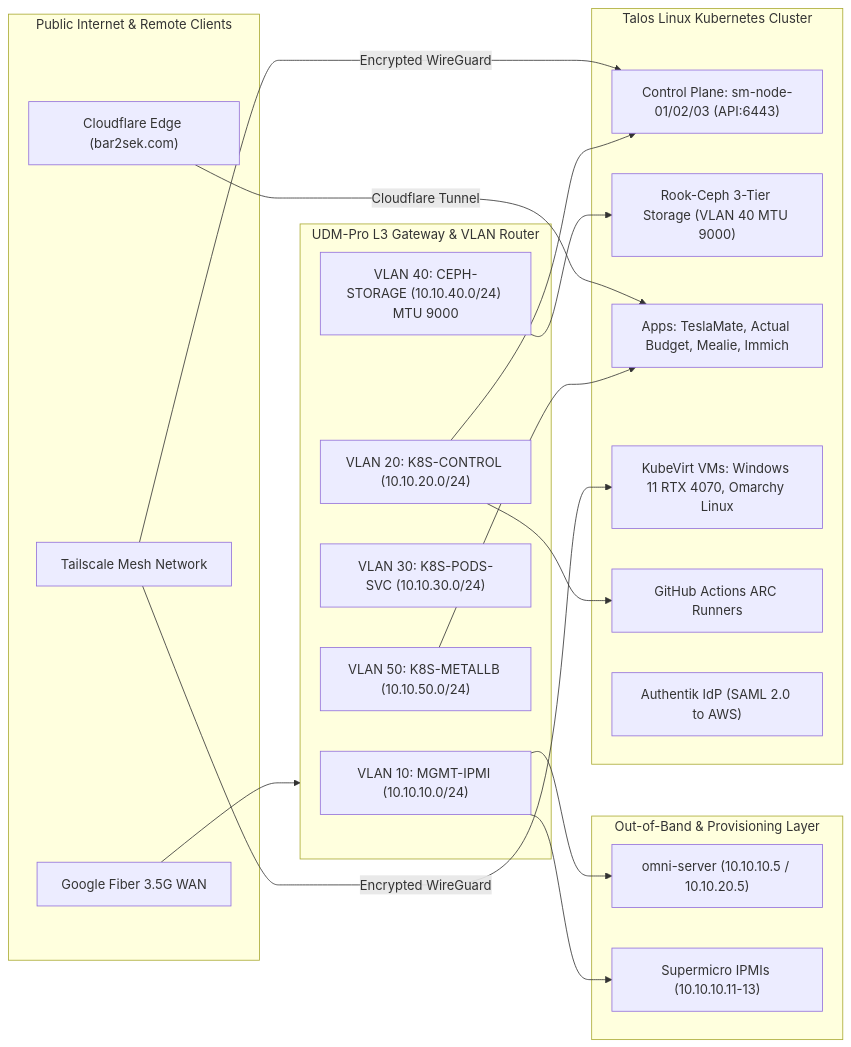
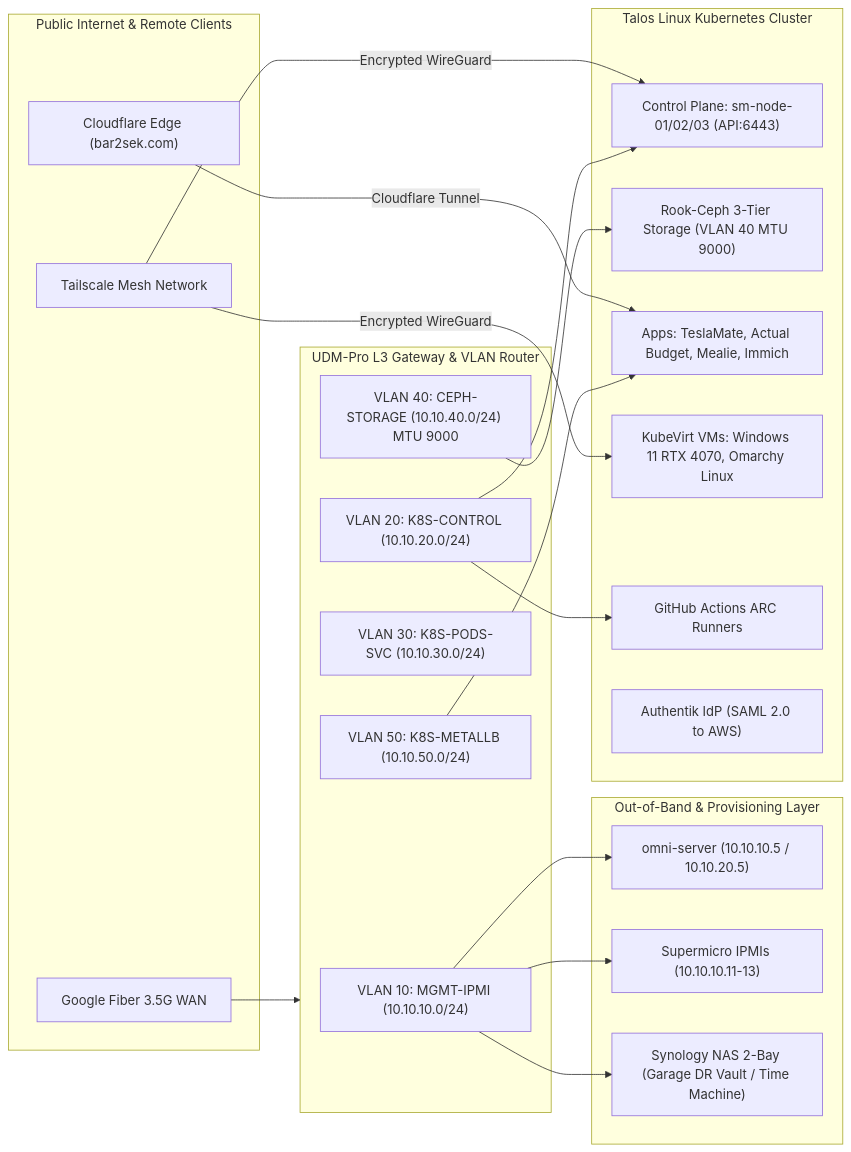
One commit to bar2sek/personal-technology changed the second of 2 diagrams in docs/201-unifi-network-topology.md. Above: the diagram before and after it, drawn with Mermaid. The commit also changed other lines of this file and 3 other files, not shown here.

Commit message:
docs: document Synology NAS hardware inventory, network topology, and backup integration

````diff
--- a/docs/201-unifi-network-topology.md
+++ b/docs/201-unifi-network-topology.md
@@ -99,38 +102,39 @@
 ```mermaid
 graph LR
     subgraph PUBLIC["Public Internet & Remote Clients"]
         CF["Cloudflare Edge (bar2sek.com)"]
         TS["Tailscale Mesh Network"]
         GF["Google Fiber 3.5G WAN"]
     end
 
     subgraph UNIFI["UDM-Pro L3 Gateway & VLAN Router"]
         V10["VLAN 10: MGMT-IPMI (10.10.10.0/24)"]
         V20["VLAN 20: K8S-CONTROL (10.10.20.0/24)"]
         V30["VLAN 30: K8S-PODS-SVC (10.10.30.0/24)"]
         V40["VLAN 40: CEPH-STORAGE (10.10.40.0/24) MTU 9000"]
         V50["VLAN 50: K8S-METALLB (10.10.50.0/24)"]
     end
 
     subgraph MANAGEMENT["Out-of-Band & Provisioning Layer"]
         OMNI_SRV["omni-server (10.10.10.5 / 10.10.20.5)"]
         IPMI_NODES["Supermicro IPMIs (10.10.10.11-13)"]
+        SYN_NAS["Synology NAS 2-Bay (Garage DR Vault / Time Machine)"]
     end
 
     subgraph K8S_CLUSTER["Talos Linux Kubernetes Cluster"]
         CP_NODES["Control Plane: sm-node-01/02/03 (API:6443)"]
         CEPH["Rook-Ceph 3-Tier Storage (VLAN 40 MTU 9000)"]
         APPS["Apps: TeslaMate, Actual Budget, Mealie, Immich"]
         VMS["KubeVirt VMs: Windows 11 RTX 4070, Omarchy Linux"]
         ARC["GitHub Actions ARC Runners"]
         AUTH["Authentik IdP (SAML 2.0 to AWS)"]
     end
 
     GF --> UNIFI
     CF -->|Cloudflare Tunnel| APPS
     TS -->|Encrypted WireGuard| CP_NODES & VMS
-    V10 --> OMNI_SRV & IPMI_NODES
+    V10 --> OMNI_SRV & IPMI_NODES & SYN_NAS
     V20 --> CP_NODES & ARC
     V40 --> CEPH
     V50 --> APPS
 ```
````
